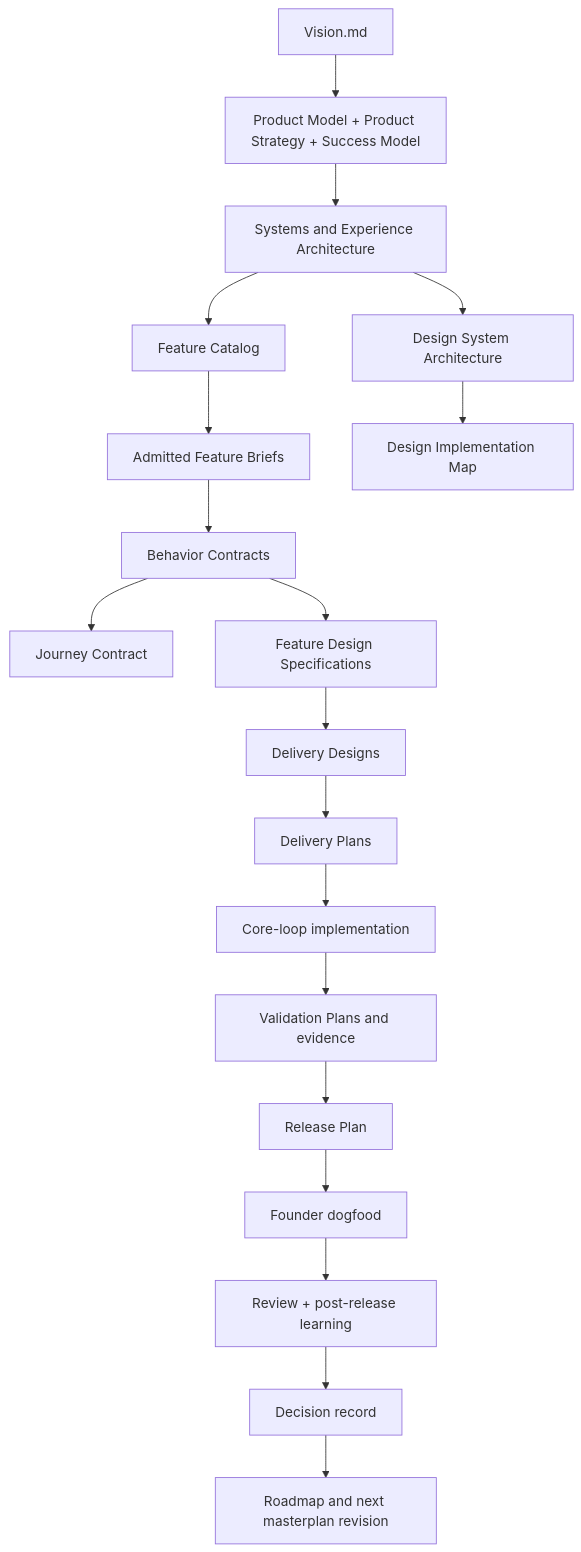
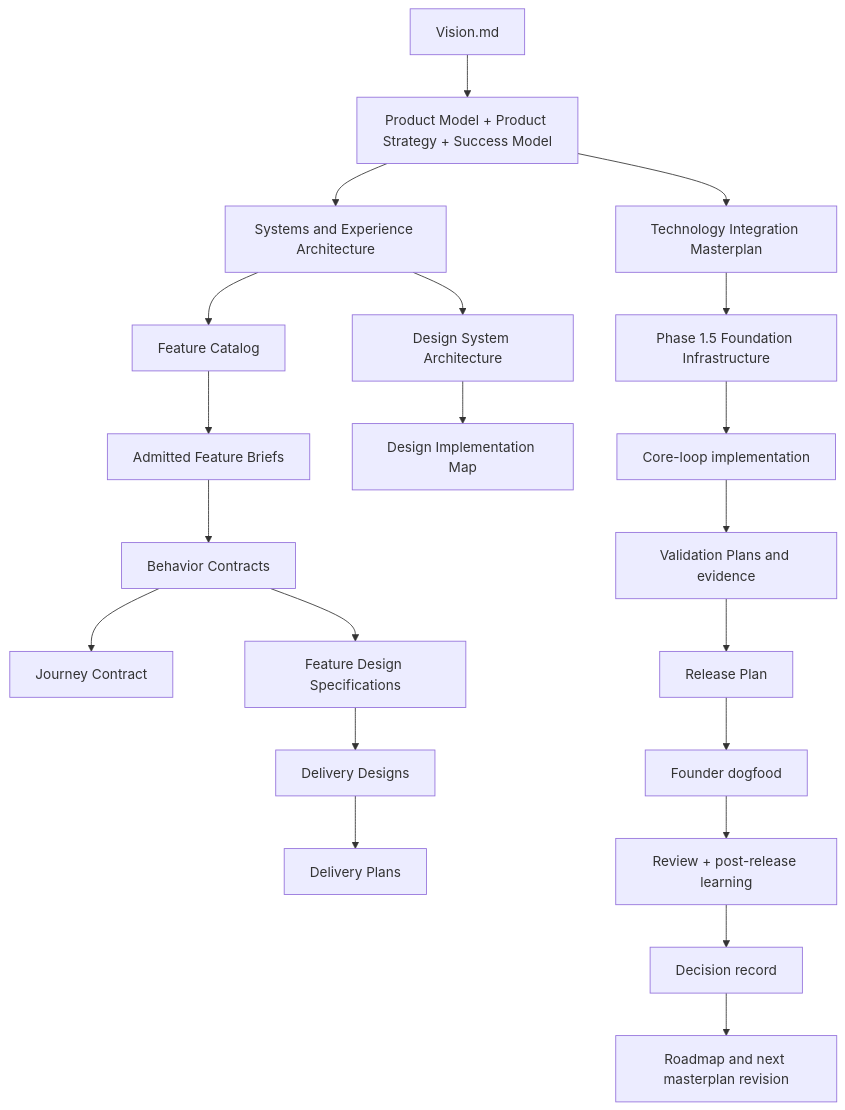
One commit to faiqrusli/FlowOS changed the diagram in docs/current-phase/mvp-implementation-masterplan.md. Above: the diagram before and after it, drawn with Mermaid. The commit also changed other lines of this file and 56 other files, not shown here.

Commit message:
docs: finalize Phase 1 implementation plan and Gate 1

````diff
--- a/docs/current-phase/mvp-implementation-masterplan.md
+++ b/docs/current-phase/mvp-implementation-masterplan.md
@@ -213,21 +237,23 @@
 ```mermaid
 flowchart TD
   V[Vision.md] --> P[Product Model + Product Strategy + Success Model]
   P --> S[Systems and Experience Architecture]
   S --> FC[Feature Catalog]
   S --> DS[Design System Architecture]
   FC --> FB[Admitted Feature Briefs]
   FB --> BC[Behavior Contracts]
   BC --> JD[Journey Contract]
   DS --> DIM[Design Implementation Map]
   BC --> FDS[Feature Design Specifications]
   FDS --> DD[Delivery Designs]
   DD --> DP[Delivery Plans]
-  DP --> Build[Core-loop implementation]
+  P --> TIM[Technology Integration Masterplan]
+  TIM --> INF[Phase 1.5 Foundation Infrastructure]
+  INF --> Build[Core-loop implementation]
   Build --> VP[Validation Plans and evidence]
   VP --> RP[Release Plan]
   RP --> FD[Founder dogfood]
   FD --> LR[Review + post-release learning]
   LR --> DEC[Decision record]
   DEC --> R[Roadmap and next masterplan revision]
 ```
````
